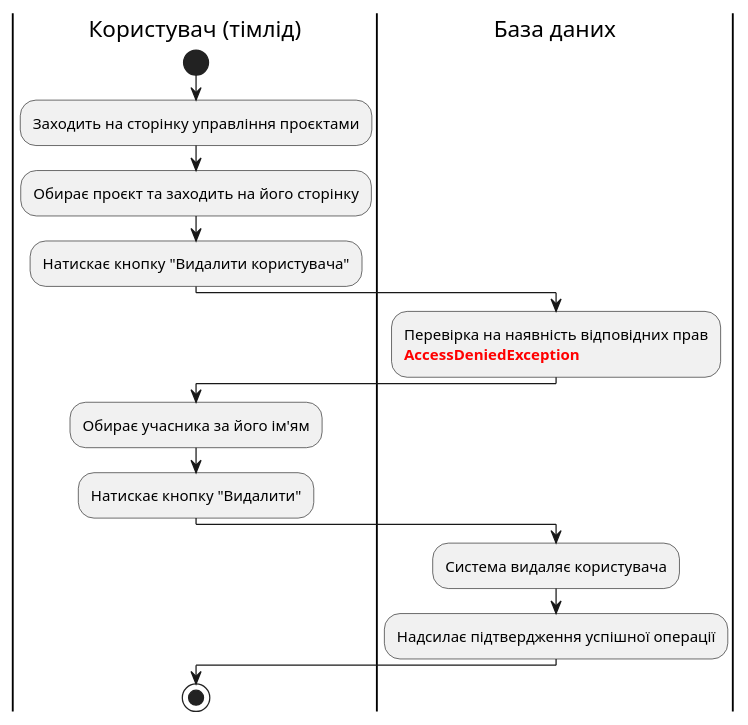
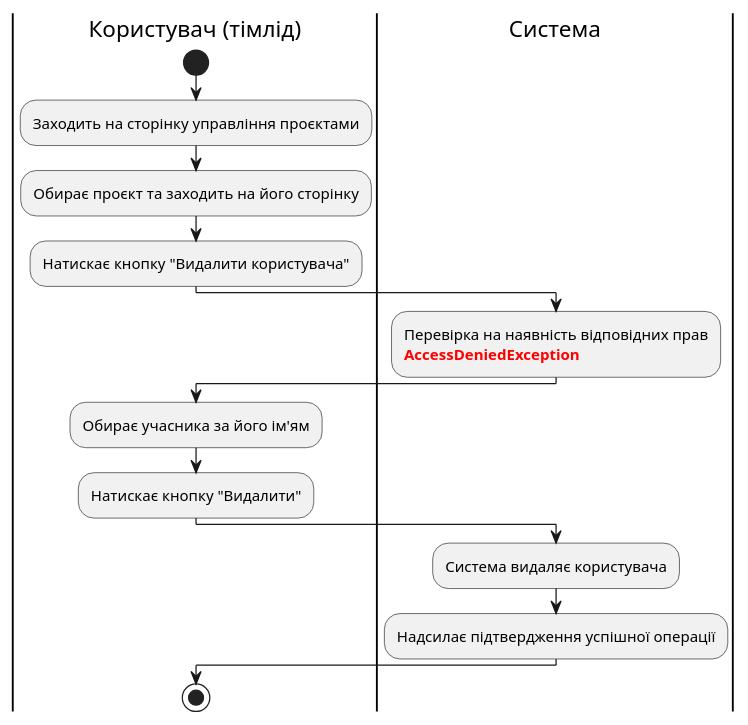
One commit to ppvictoriaaa/db-team4-io24 changed diagram 13 of 16 in docs/use cases/README.md. Above: the diagram before and after it, drawn with PlantUML. The commit also changed other lines of this file, not shown here.

```diff
--- a/docs/use cases/README.md
+++ b/docs/use cases/README.md
@@ -426,24 +426,24 @@
 @startuml
 
     |Користувач (тімлід)|
     start;
     :Заходить на сторінку управління проєктами;
     :Обирає проєкт та заходить на його сторінку;
     :Натискає кнопку "Видалити користувача";
 
-    |База даних|
+    |Система|
     :Перевірка на наявність відповідних прав
     <font color="red">**AccessDeniedException**;
 
     |Користувач (тімлід)|
     :Обирає учасника за його ім'ям;
     :Натискає кнопку "Видалити";
 
-    |База даних|
+    |Система|
     :Система видаляє користувача;
     :Надсилає підтвердження успішної операції;
 
     |Користувач (тімлід)|
     stop;
 
 @enduml
```
